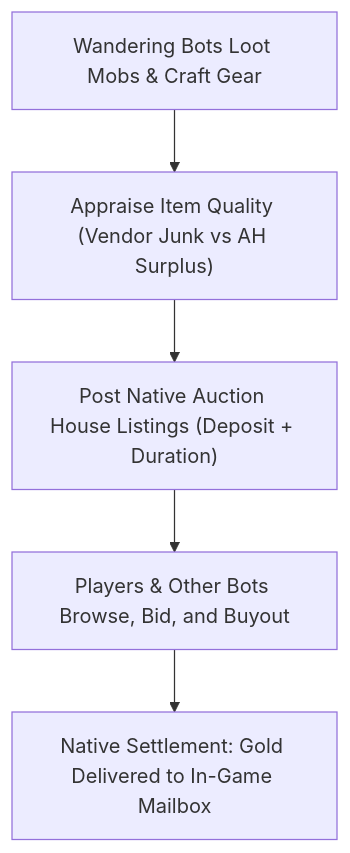
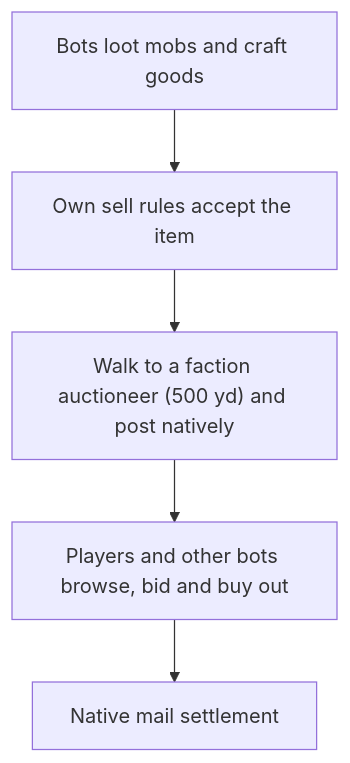
Before and after one commit to pjerra/TortoiseBots: the diagram in docs/world/economy.md, drawn with Mermaid. The commit also changed other lines of this file and 1 other file, not shown here.

````diff
--- a/docs/world/economy.md
+++ b/docs/world/economy.md
@@ -75,7 +69,7 @@
 ```mermaid
 flowchart TD
-    Loot["Wandering Bots Loot Mobs & Craft Gear"] --> Appraise["Appraise Item Quality (Vendor Junk vs AH Surplus)"]
-    Appraise --> Post["Post Native Auction House Listings (Deposit + Duration)"]
-    Post --> Trade["Players & Other Bots Browse, Bid, and Buyout"]
-    Trade --> Mail["Native Settlement: Gold Delivered to In-Game Mailbox"]
+    Loot["Bots loot mobs and craft goods"] --> Appraise["Own sell rules accept the item"]
+    Appraise --> Post["Walk to a faction auctioneer (500 yd) and post natively"]
+    Post --> Trade["Players and other bots browse, bid and buy out"]
+    Trade --> Mail["Native mail settlement"]
 ```
````
